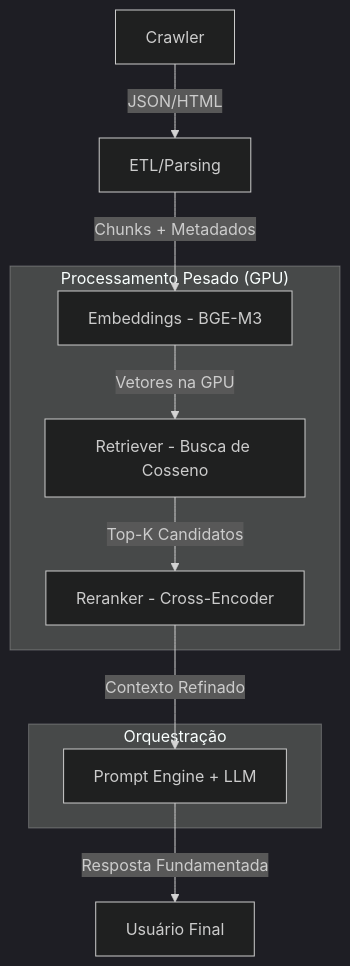
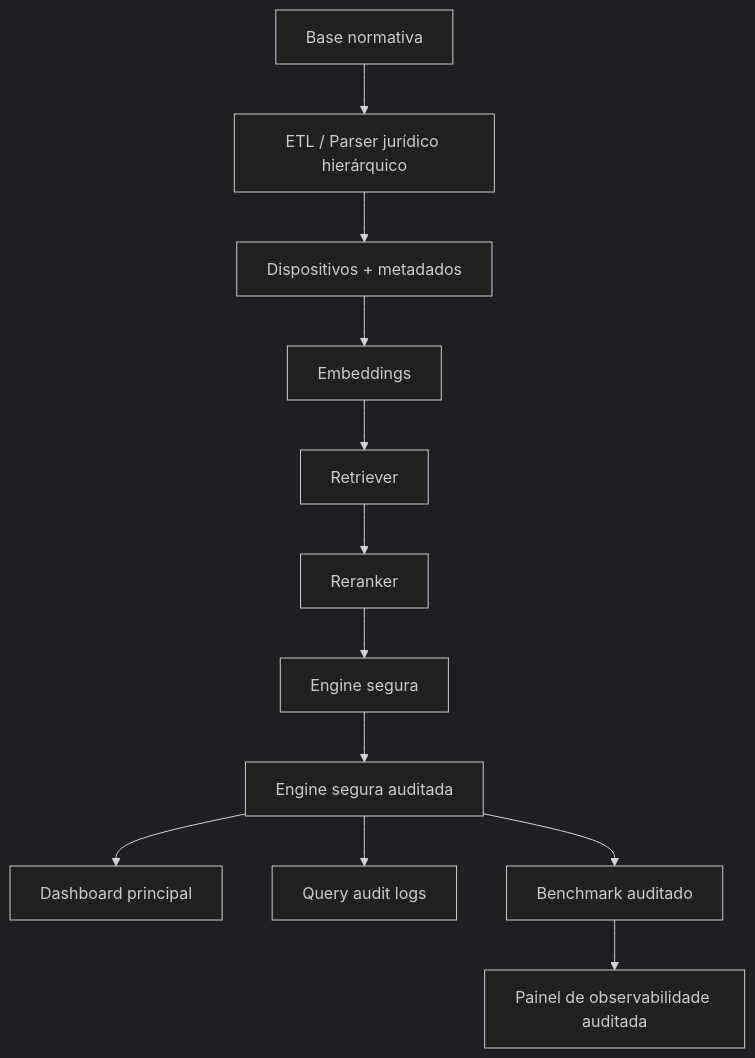
The diagram in README.md (Enio-Telles/IA_leg), drawn with Mermaid (dark theme) before and after one commit. The commit also changed other lines of this file and 1 other file, not shown here.

````diff
--- a/README.md
+++ b/README.md
@@ -11,19 +46,14 @@
 ```mermaid
 graph TD
-    A[Crawler] -->|JSON/HTML| B[ETL/Parsing]
-    B -->|Chunks + Metadados| C[Embeddings - BGE-M3]
-    C -->|Vetores na GPU| D[Retriever - Busca de Cosseno]
-    D -->|Top-K Candidatos| E[Reranker - Cross-Encoder]
-    E -->|Contexto Refinado| F[Prompt Engine + LLM]
-    F -->|Resposta Fundamentada| G[Usuário Final]
-    
-    subgraph "Processamento Pesado (GPU)"
-    C
-    D
-    E
-    end
-    
-    subgraph "Orquestração"
-    F
-    end
+    A[Base normativa] --> B[ETL / Parser jurídico hierárquico]
+    B --> C[Dispositivos + metadados]
+    C --> D[Embeddings]
+    D --> E[Retriever]
+    E --> F[Reranker]
+    F --> G[Engine segura]
+    G --> H[Engine segura auditada]
+    H --> I[Dashboard principal]
+    H --> J[Query audit logs]
+    H --> K[Benchmark auditado]
+    K --> L[Painel de observabilidade auditada]
 ```
````
